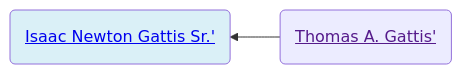
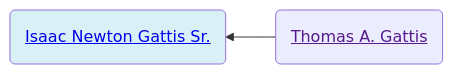
The first of 2 diagrams in familyhistory/sources/people/Gattis-line/Thomas_A._Gattis.qmd (neelsmith/avocational), drawn with Mermaid before and after one commit. The commit also changed other lines of this file and 96 other files, not shown here.

````diff
--- a/familyhistory/sources/people/Gattis-line/Thomas_A._Gattis.qmd
+++ b/familyhistory/sources/people/Gattis-line/Thomas_A._Gattis.qmd
@@ -26,10 +26,10 @@
 ```{mermaid}
 graph RL
 %% RL ancestor diagram
-Thomas_A._Gattis(<a href=''>Thomas A. Gattis'</>) -->  Isaac_Newton_Gattis_Sr.(<a href='./Isaac_Newton_Gattis_Sr..html'>Isaac Newton Gattis Sr.'</>)
+Thomas_A._Gattis(<a href=''>Thomas A. Gattis</a>) -->  Isaac_Newton_Gattis_Sr.(<a href='./Isaac_Newton_Gattis_Sr..html'>Isaac Newton Gattis Sr.</a>)
 class Isaac_Newton_Gattis_Sr. father
 classDef mother fill:#ffd1dc
 classDef father fill:#daf0f7  
 classDef marriage fill:#ffffff
 
 ```
````
